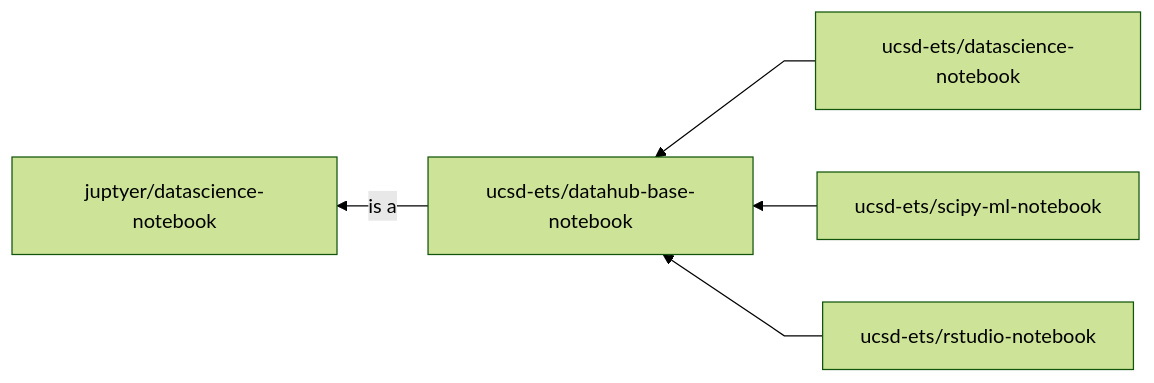
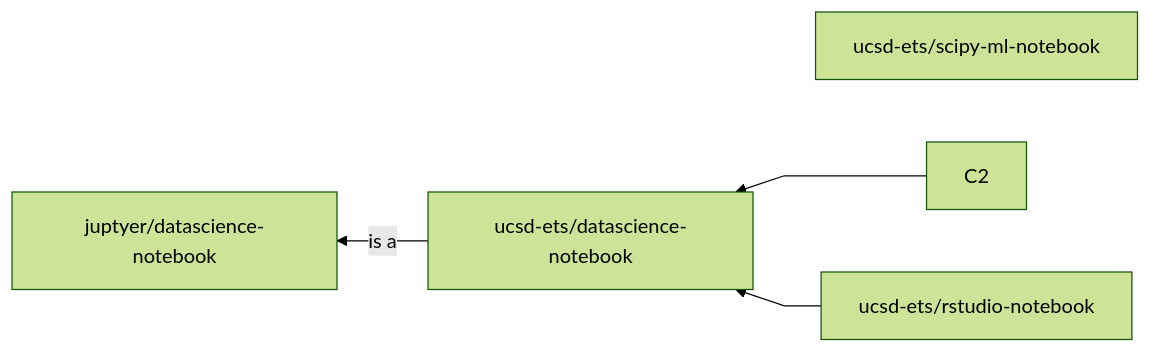
Before and after one commit to ucsd-ets/datahub-docker-stack: the diagram in README.md, drawn with Mermaid (forest theme).

Commit message:
Removed datahub base image from readme diagram

````diff
--- a/README.md
+++ b/README.md
@@ -14,18 +14,15 @@
 ```mermaid {code_block=true}
 %%{ init: { 'flowchart': { 'curve': 'linear' } } }%%
 
 flowchart RL
     A[juptyer/datascience-notebook]
 
-    B[ucsd-ets/datahub-base-notebook]
+    B[ucsd-ets/datascience-notebook]
     B --> |is a| A
-
-    C2[ucsd-ets/datascience-notebook]
-    C2 --> B
     
     C3[ucsd-ets/scipy-ml-notebook]
-    C3 --> B
+    C2 --> B
 
     C1[ucsd-ets/rstudio-notebook]
     C1 --> B
 ```
````
